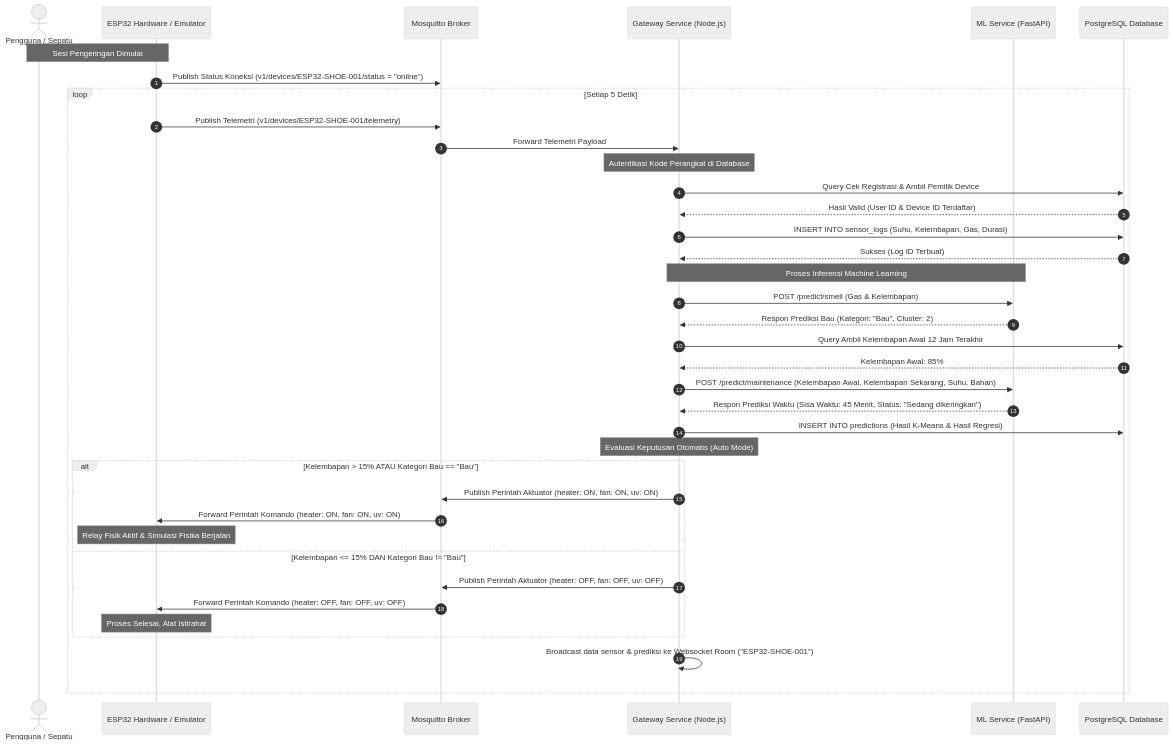
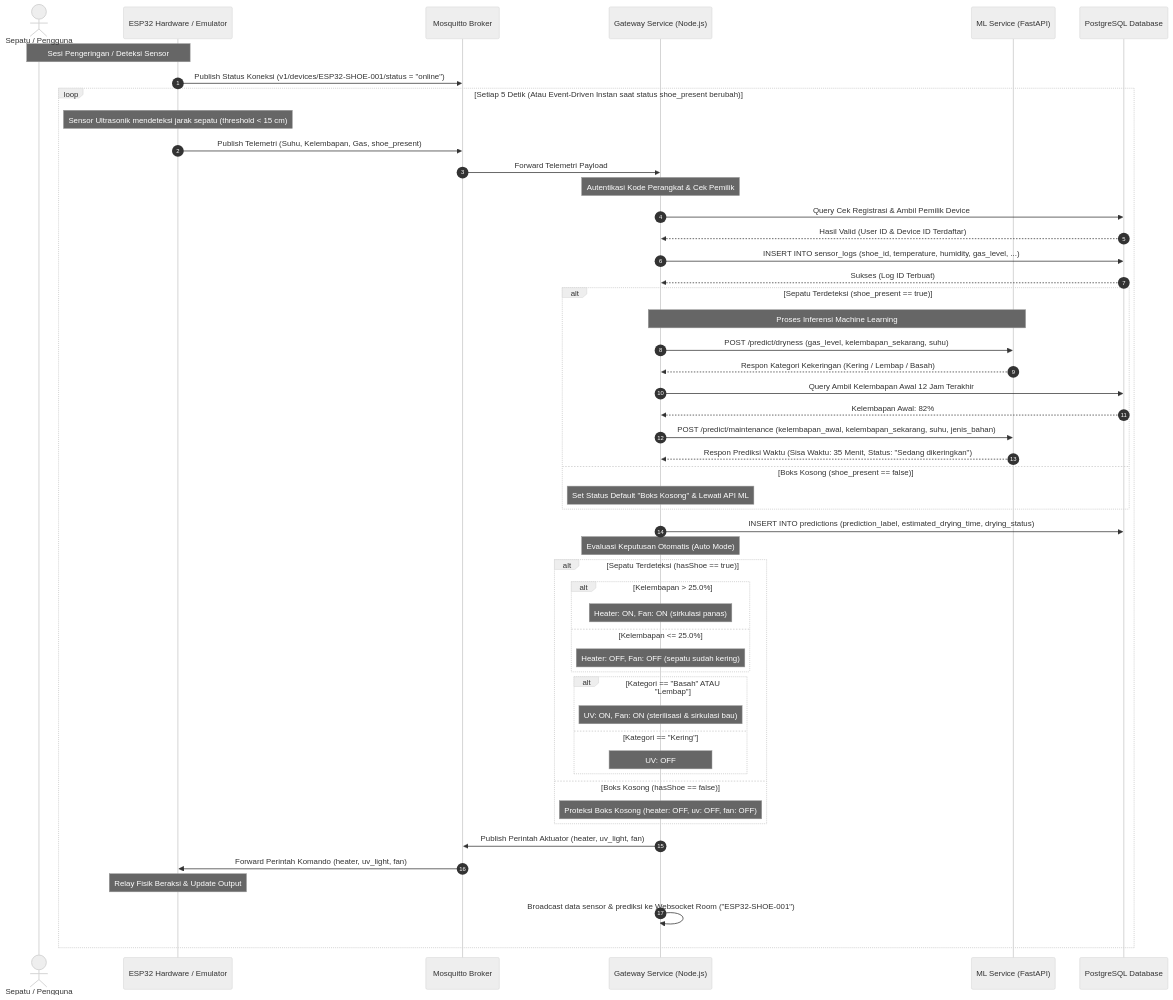
One commit to madgeer/smart-shoes-maintenance changed the second of 6 diagrams in README.md. Above: the diagram before and after it, drawn with Mermaid (neutral theme). The commit also changed other lines of this file and 9 other files, not shown here.

Commit message:
Refactor ML model predictions; update from K-Means and Linear Regression to Decision Tree Classifier and Heuristic Estimator for shoe dryness and drying time estimation

````diff
--- a/README.md
+++ b/README.md
@@ -77,50 +77,64 @@
 ```mermaid
 sequenceDiagram
     autonumber
-    actor User as Pengguna / Sepatu
+    actor User as Sepatu / Pengguna
     participant ESP as ESP32 Hardware / Emulator
     participant Broker as Mosquitto Broker
     participant Gateway as Gateway Service (Node.js)
     participant ML as ML Service (FastAPI)
     participant DB as PostgreSQL Database
 
-    Note over User, ESP: Sesi Pengeringan Dimulai
+    Note over User, ESP: Sesi Pengeringan / Deteksi Sensor
     ESP->>Broker: Publish Status Koneksi (v1/devices/ESP32-SHOE-001/status = "online")
     
-    loop Setiap 5 Detik
-        ESP->>Broker: Publish Telemetri (v1/devices/ESP32-SHOE-001/telemetry)
+    loop Setiap 5 Detik (Atau Event-Driven Instan saat status shoe_present berubah)
+        Note over ESP: Sensor Ultrasonik mendeteksi jarak sepatu (threshold < 15 cm)
+        ESP->>Broker: Publish Telemetri (Suhu, Kelembapan, Gas, shoe_present)
         Broker->>Gateway: Forward Telemetri Payload
         
-        Note over Gateway: Autentikasi Kode Perangkat di Database
+        Note over Gateway: Autentikasi Kode Perangkat & Cek Pemilik
         Gateway->>DB: Query Cek Registrasi & Ambil Pemilik Device
         DB-->>Gateway: Hasil Valid (User ID & Device ID Terdaftar)
         
-        Gateway->>DB: INSERT INTO sensor_logs (Suhu, Kelembapan, Gas, Durasi)
+        Gateway->>DB: INSERT INTO sensor_logs (shoe_id, temperature, humidity, gas_level, ...)
         DB-->>Gateway: Sukses (Log ID Terbuat)
         
-        Note over Gateway, ML: Proses Inferensi Machine Learning
-        Gateway->>ML: POST /predict/smell (Gas & Kelembapan)
-        ML-->>Gateway: Respon Prediksi Bau (Kategori: "Bau", Cluster: 2)
+        alt Sepatu Terdeteksi (shoe_present == true)
+            Note over Gateway, ML: Proses Inferensi Machine Learning
+            Gateway->>ML: POST /predict/dryness (gas_level, kelembapan_sekarang, suhu)
+            ML-->>Gateway: Respon Kategori Kekeringan (Kering / Lembap / Basah)
+            
+            Gateway->>DB: Query Ambil Kelembapan Awal 12 Jam Terakhir
+            DB-->>Gateway: Kelembapan Awal: 82%
+            
+            Gateway->>ML: POST /predict/maintenance (kelembapan_awal, kelembapan_sekarang, suhu, jenis_bahan)
+            ML-->>Gateway: Respon Prediksi Waktu (Sisa Waktu: 35 Menit, Status: "Sedang dikeringkan")
+        else Boks Kosong (shoe_present == false)
+            Note over Gateway: Set Status Default "Boks Kosong" & Lewati API ML
+        end
         
-        Gateway->>DB: Query Ambil Kelembapan Awal 12 Jam Terakhir
-        DB-->>Gateway: Kelembapan Awal: 85%
-        
-        Gateway->>ML: POST /predict/maintenance (Kelembapan Awal, Kelembapan Sekarang, Suhu, Bahan)
-        ML-->>Gateway: Respon Prediksi Waktu (Sisa Waktu: 45 Menit, Status: "Sedang dikeringkan")
-        
-        Gateway->>DB: INSERT INTO predictions (Hasil K-Means & Hasil Regresi)
+        Gateway->>DB: INSERT INTO predictions (prediction_label, estimated_drying_time, drying_status)
         
         Note over Gateway: Evaluasi Keputusan Otomatis (Auto Mode)
-        alt Kelembapan > 15% ATAU Kategori Bau == "Bau"
-            Gateway->>Broker: Publish Perintah Aktuator (heater: ON, fan: ON, uv: ON)
-            Broker->>ESP: Forward Perintah Komando (heater: ON, fan: ON, uv: ON)
-            Note over ESP: Relay Fisik Aktif & Simulasi Fisika Berjalan
-        else Kelembapan <= 15% DAN Kategori Bau != "Bau"
-            Gateway->>Broker: Publish Perintah Aktuator (heater: OFF, fan: OFF, uv: OFF)
-            Broker->>ESP: Forward Perintah Komando (heater: OFF, fan: OFF, uv: OFF)
-            Note over ESP: Proses Selesai, Alat Istirahat
+        alt Sepatu Terdeteksi (hasShoe == true)
+            alt Kelembapan > 25.0%
+                Note over Gateway: Heater: ON, Fan: ON (sirkulasi panas)
+            else Kelembapan <= 25.0%
+                Note over Gateway: Heater: OFF, Fan: OFF (sepatu sudah kering)
+            end
+            alt Kategori == "Basah" ATAU "Lembap"
+                Note over Gateway: UV: ON, Fan: ON (sterilisasi & sirkulasi bau)
+            else Kategori == "Kering"
+                Note over Gateway: UV: OFF
+            end
+        else Boks Kosong (hasShoe == false)
+            Note over Gateway: Proteksi Boks Kosong (heater: OFF, uv: OFF, fan: OFF)
         end
+        
+        Gateway->>Broker: Publish Perintah Aktuator (heater, uv_light, fan)
+        Broker->>ESP: Forward Perintah Komando (heater, uv_light, fan)
+        Note over ESP: Relay Fisik Beraksi & Update Output
         
         Gateway->>Gateway: Broadcast data sensor & prediksi ke Websocket Room ("ESP32-SHOE-001")
     end
 ```
````
